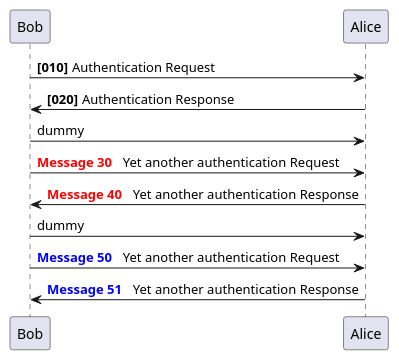
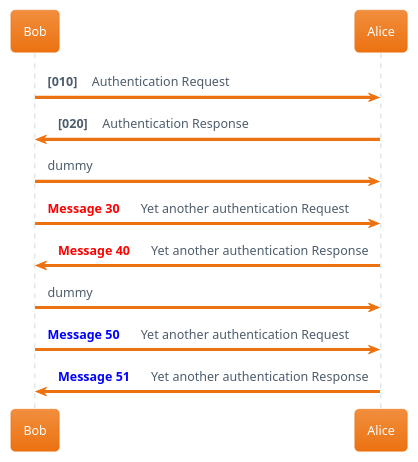
The diagram in docs/source/plantuml-diagrams/sequence-diagram.rst (fconil/Sphinx-with-PlantUML-on-RTD), drawn with PlantUML before and after one commit. The commit also changed 1 other file, not shown here.

Commit message:
Test PlantUML theme + fix
Fix : forgot test files references in diagrams.rst

```diff
--- a/docs/source/plantuml-diagrams/sequence-diagram.rst
+++ b/docs/source/plantuml-diagrams/sequence-diagram.rst
@@ -7,19 +7,22 @@
 .. uml::
 
+    !theme aws-orange
+
     autonumber 10 10 "<b>[000]"
+
     Bob -> Alice : Authentication Request
     Bob <- Alice : Authentication Response
 
     autonumber stop
     Bob -> Alice : dummy
 
     autonumber resume "<font color=red><b>Message 0  "
     Bob -> Alice : Yet another authentication Request
     Bob <- Alice : Yet another authentication Response
 
     autonumber stop
     Bob -> Alice : dummy
 
     autonumber resume 1 "<font color=blue><b>Message 0  "
     Bob -> Alice : Yet another authentication Request
     Bob <- Alice : Yet another authentication Response
```
